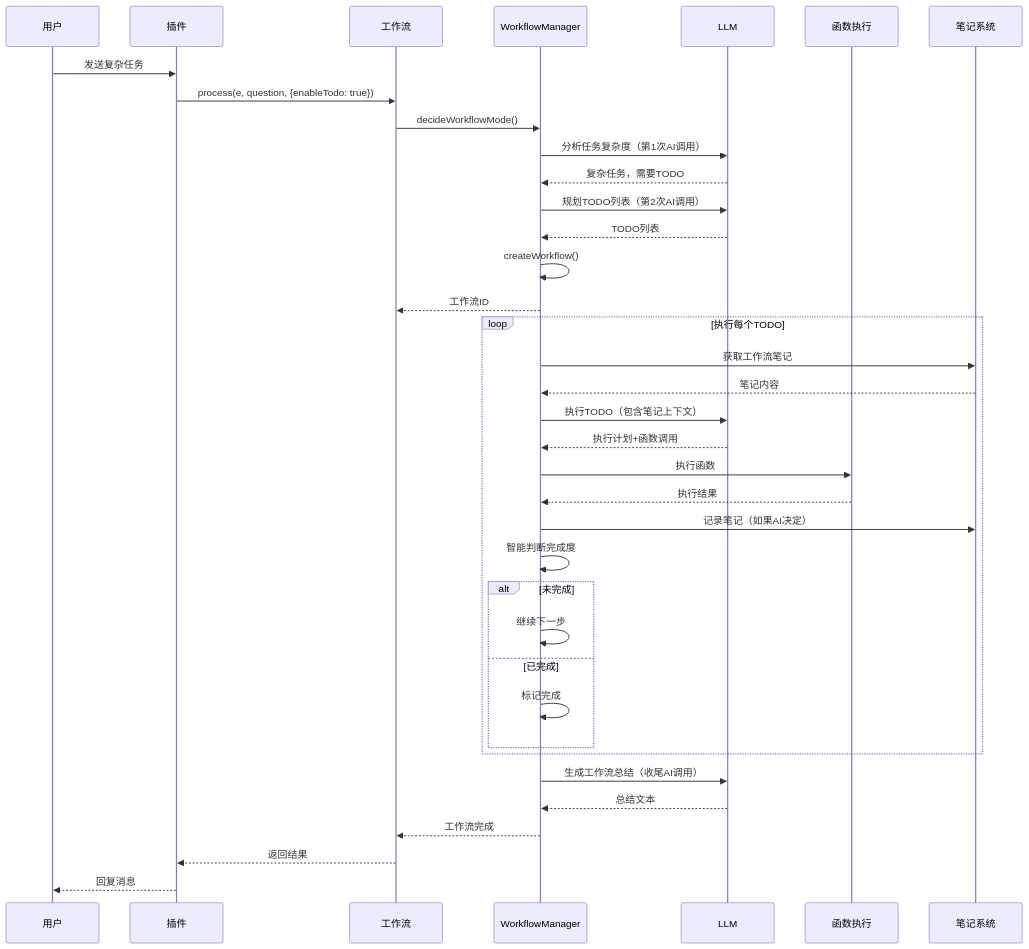
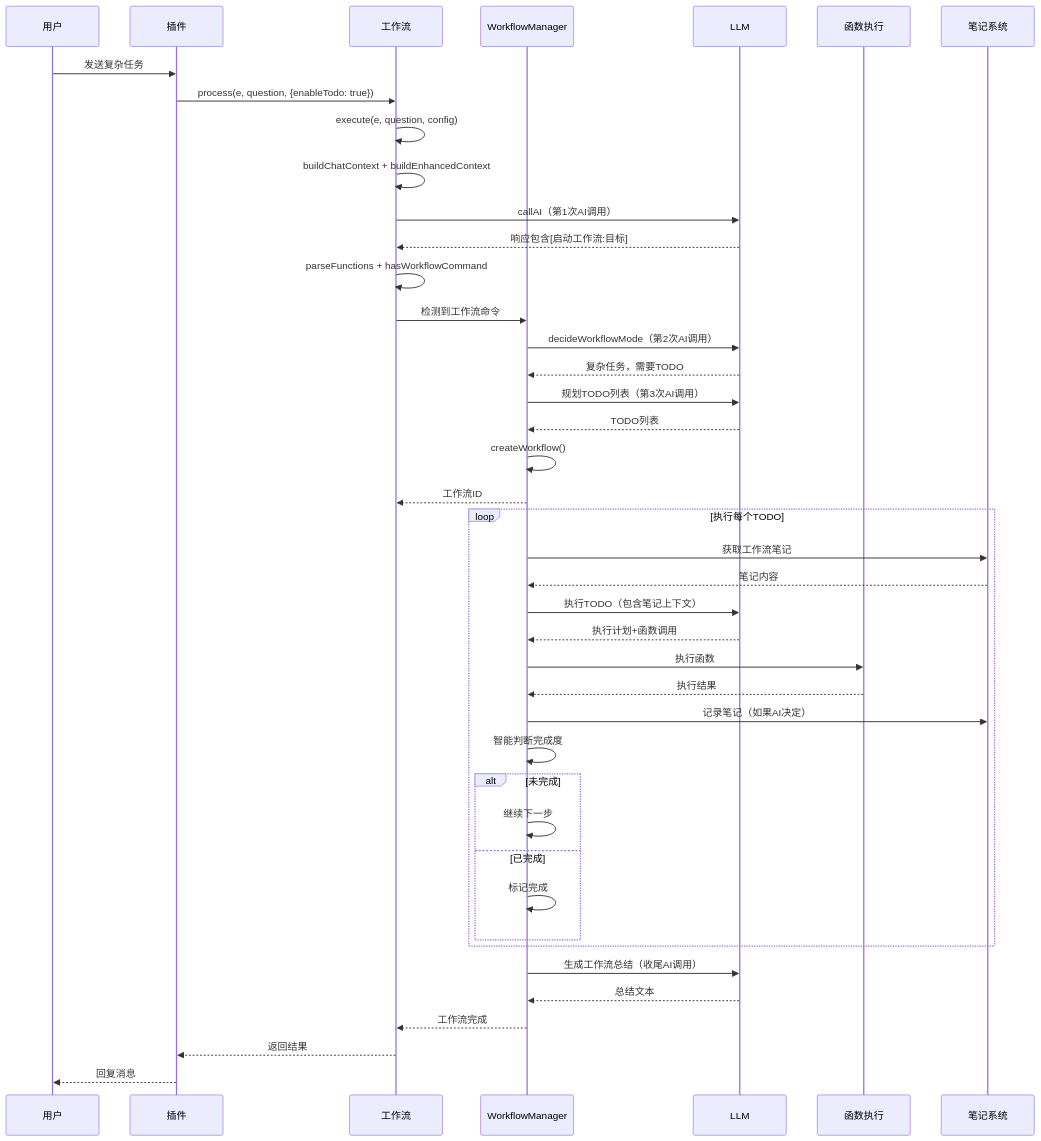
Before and after one commit to sunflowermm/XRK-AGT: the fourth of 15 diagrams in docs/工作流系统完整文档.md, drawn with Mermaid. The commit also changed other lines of this file and 5 other files, not shown here.

````diff
--- a/docs/工作流系统完整文档.md
+++ b/docs/工作流系统完整文档.md
@@ -181,42 +182,47 @@
 ```mermaid
 sequenceDiagram
     participant User as 用户
     participant Plugin as 插件
     participant Stream as 工作流
     participant Manager as WorkflowManager
     participant LLM as LLM
     participant Func as 函数执行
     participant Notes as 笔记系统
 
     User->>Plugin: 发送复杂任务
     Plugin->>Stream: process(e, question, {enableTodo: true})
-    Stream->>Manager: decideWorkflowMode()
-    Manager->>LLM: 分析任务复杂度（第1次AI调用）
+    Stream->>Stream: execute(e, question, config)
+    Stream->>Stream: buildChatContext + buildEnhancedContext
+    Stream->>LLM: callAI（第1次AI调用）
+    LLM-->>Stream: 响应包含[启动工作流:目标]
+    Stream->>Stream: parseFunctions + hasWorkflowCommand
+    Stream->>Manager: 检测到工作流命令
+    Manager->>LLM: decideWorkflowMode（第2次AI调用）
     LLM-->>Manager: 复杂任务，需要TODO
-    Manager->>LLM: 规划TODO列表（第2次AI调用）
+    Manager->>LLM: 规划TODO列表（第3次AI调用）
     LLM-->>Manager: TODO列表
     Manager->>Manager: createWorkflow()
     Manager-->>Stream: 工作流ID
     
     loop 执行每个TODO
         Manager->>Notes: 获取工作流笔记
         Notes-->>Manager: 笔记内容
         Manager->>LLM: 执行TODO（包含笔记上下文）
         LLM-->>Manager: 执行计划+函数调用
         Manager->>Func: 执行函数
         Func-->>Manager: 执行结果
         Manager->>Notes: 记录笔记（如果AI决定）
         Manager->>Manager: 智能判断完成度
         alt 未完成
             Manager->>Manager: 继续下一步
         else 已完成
             Manager->>Manager: 标记完成
         end
     end
     
     Manager->>LLM: 生成工作流总结（收尾AI调用）
     LLM-->>Manager: 总结文本
     Manager-->>Stream: 工作流完成
     Stream-->>Plugin: 返回结果
     Plugin-->>User: 回复消息
 ```
````
